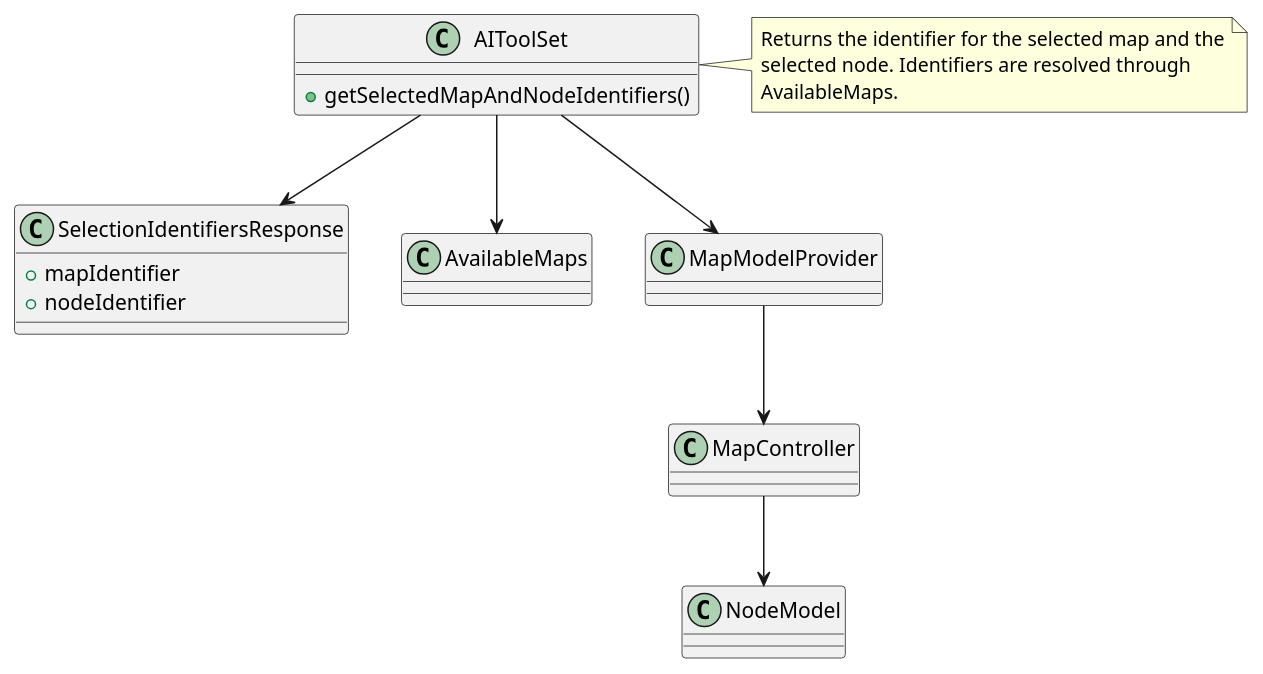
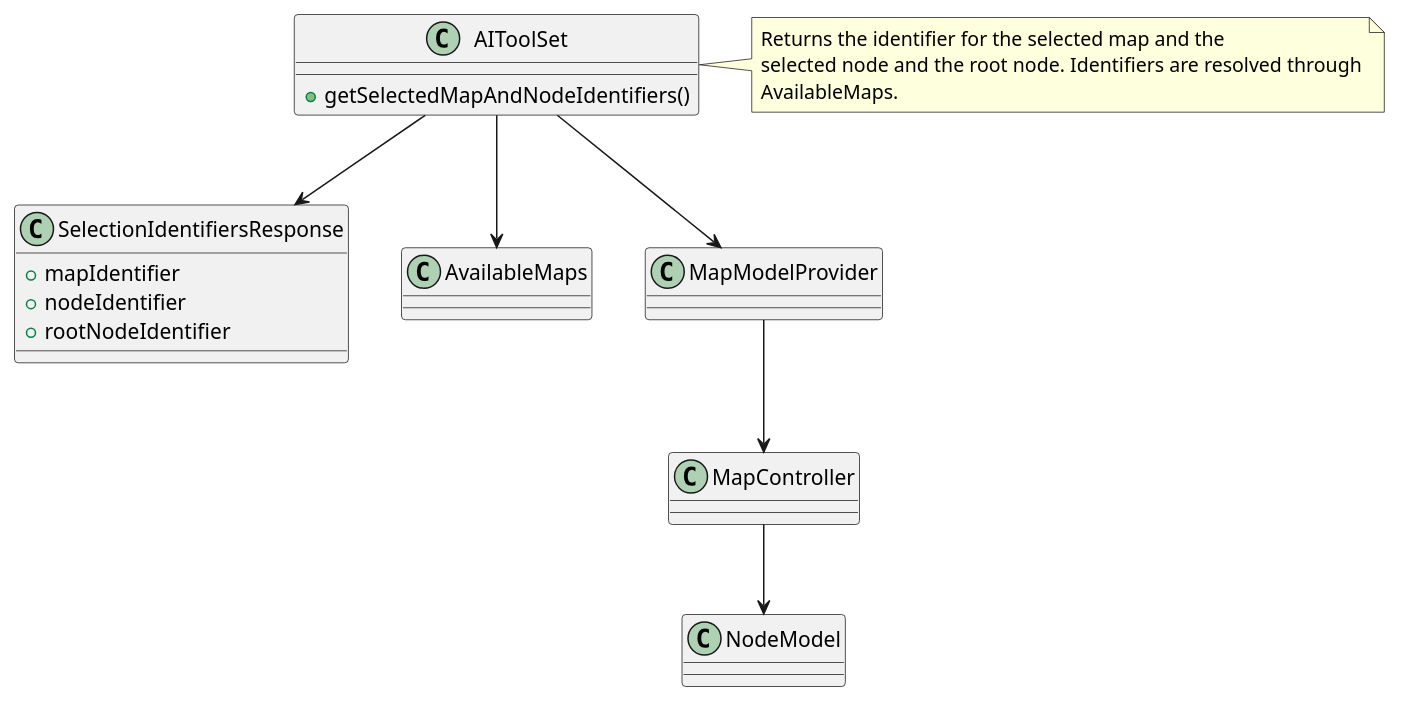
One commit to guoranjun2/nexordia changed the seventh of 12 diagrams in freeplane_plugin_ai/specs/sprints/sprint-002.md. Above: the diagram before and after it, drawn with PlantUML. The commit also changed other lines of this file, not shown here.

````diff
--- a/freeplane_plugin_ai/specs/sprints/sprint-002.md
+++ b/freeplane_plugin_ai/specs/sprints/sprint-002.md
@@ -247,27 +247,28 @@
 ```plantuml
 @startuml
 class AIToolSet {
   +getSelectedMapAndNodeIdentifiers()
 }
 class SelectionIdentifiersResponse {
   +mapIdentifier
   +nodeIdentifier
+  +rootNodeIdentifier
 }
 class AvailableMaps
 class MapModelProvider
 class MapController
 class NodeModel
 
 AIToolSet --> MapModelProvider
 MapModelProvider --> MapController
 MapController --> NodeModel
 AIToolSet --> AvailableMaps
 AIToolSet --> SelectionIdentifiersResponse
 
 note right of AIToolSet
 Returns the identifier for the selected map and the
-selected node. Identifiers are resolved through
+selected node and the root node. Identifiers are resolved through
 AvailableMaps.
 end note
 @enduml
 ```
````
